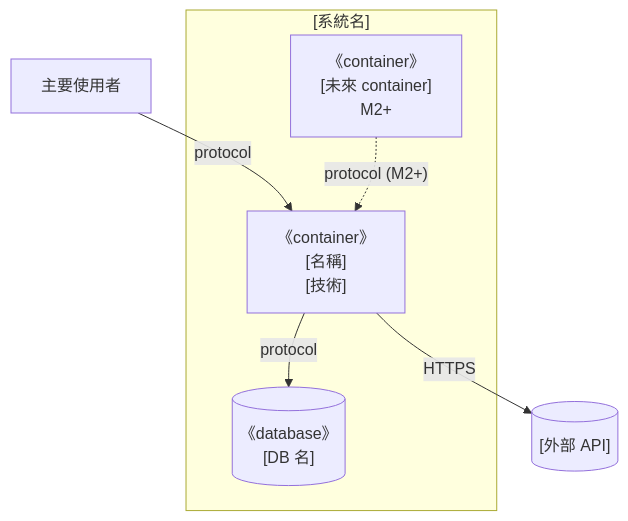
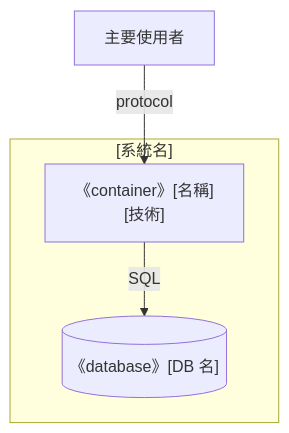
Before and after one commit to Zenobia000/claude-Godzilla-z: the second of 6 diagrams in VibeCoding_Workflow_Templates/03_architecture/sad.md, drawn with Mermaid. The commit also changed other lines of this file and 22 other files, not shown here.

````diff
--- a/VibeCoding_Workflow_Templates/03_architecture/sad.md
+++ b/VibeCoding_Workflow_Templates/03_architecture/sad.md
@@ -106,18 +57,10 @@
 ```mermaid
 flowchart TB
     user["主要使用者"]
-
     subgraph boundary["[系統名]"]
-        c1["《container》<br/>[名稱]<br/>[技術]"]
-        c2[("《database》<br/>[DB 名]")]
-        %% M2+ 虛線
-        c3["《container》<br/>[未來 container]<br/>M2+"]
+        c1["《container》[名稱]<br/>[技術]"]
+        c2[("《database》[DB 名]")]
     end
-
-    ext1[("[外部 API]")]
-
     user -->|"protocol"| c1
-    c1 -->|"protocol"| c2
-    c1 -->|"HTTPS"| ext1
-    c3 -.->|"protocol (M2+)"| c1
+    c1 -->|"SQL"| c2
 ```
````
